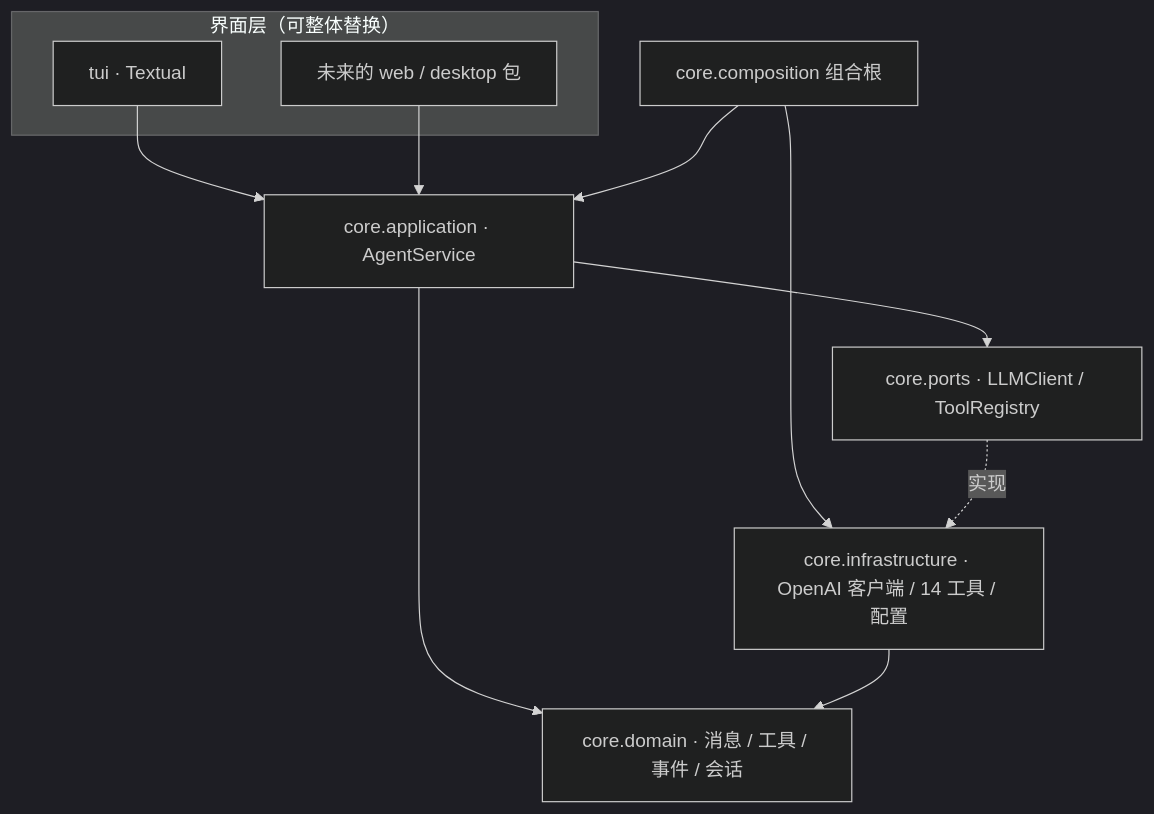
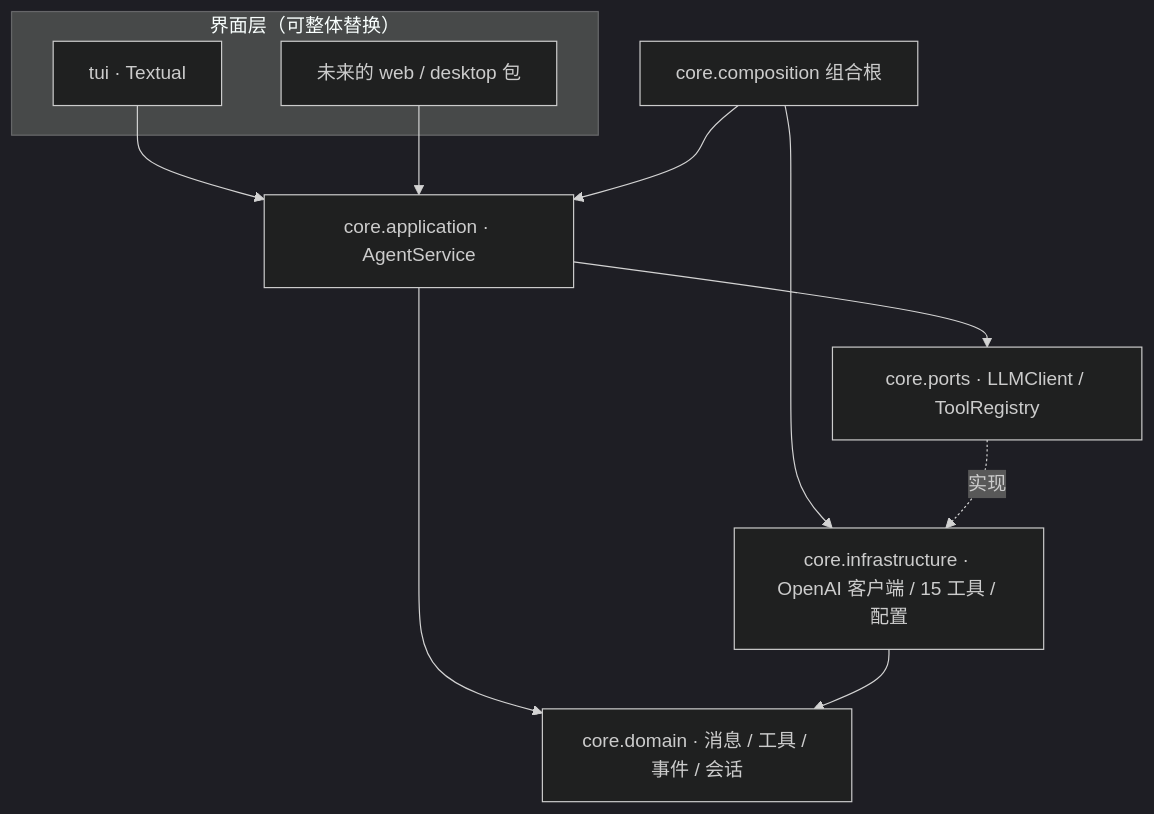
Before and after one commit to atfa/LLM-Homework: the diagram in Agent/xAgent/README.md, drawn with Mermaid (dark theme). The commit also changed other lines of this file and 9 other files, not shown here.

````diff
--- a/Agent/xAgent/README.md
+++ b/Agent/xAgent/README.md
@@ -146,21 +148,21 @@
 ```mermaid
 flowchart TB
     subgraph ui["界面层（可整体替换）"]
         TUI["tui · Textual"]
         FUTURE["未来的 web / desktop 包"]
     end
     COMP["core.composition 组合根"]
     APP["core.application · AgentService"]
     PORTS["core.ports · LLMClient / ToolRegistry"]
     DOM["core.domain · 消息 / 工具 / 事件 / 会话"]
-    INFRA["core.infrastructure · OpenAI 客户端 / 14 工具 / 配置"]
+    INFRA["core.infrastructure · OpenAI 客户端 / 15 工具 / 配置"]
 
     TUI --> APP
     FUTURE --> APP
     COMP --> APP
     COMP --> INFRA
     APP --> PORTS
     PORTS -. "实现" .-> INFRA
     APP --> DOM
     INFRA --> DOM
 ```
````
